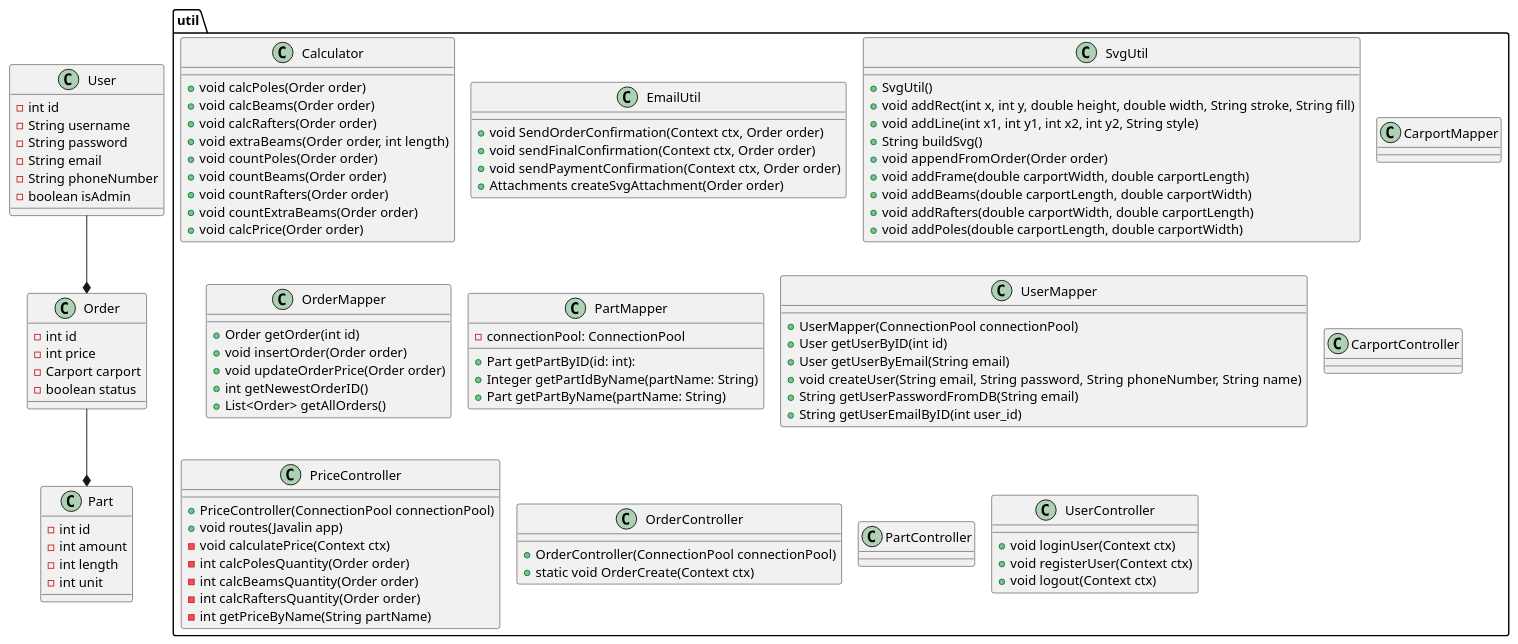
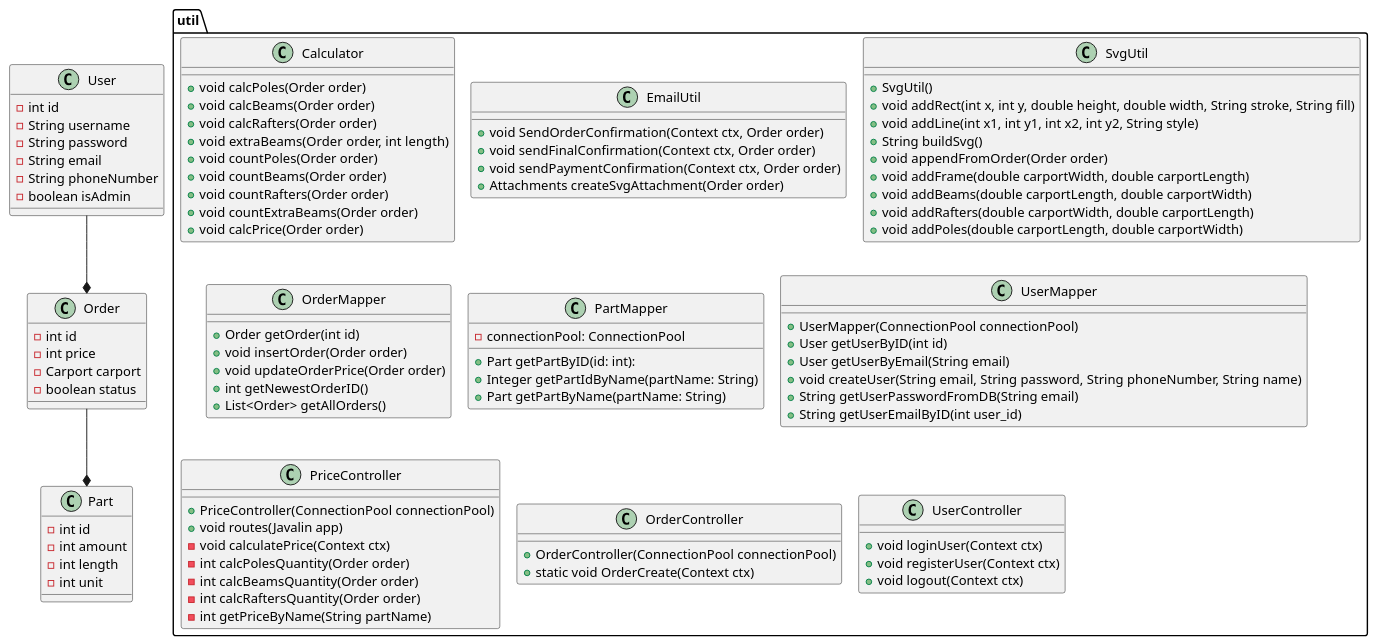
Before and after one commit to AndreasKuke/FogCarportProject: the diagram in doc/classDiagram.puml, drawn with PlantUML.

```diff
--- a/doc/classDiagram.puml
+++ b/doc/classDiagram.puml
@@ -1,121 +1,108 @@
 @startuml
 !pragma layout smetana
 
 User --* Order
 Order --* Part
 
 Class User {
 - int id
 - String username
 - String password
 - String email
 - String phoneNumber
 - boolean isAdmin
 }
 
 Class Order {
 - int id
 - int price
 - Carport carport
 - boolean status
 }
 
 Class Part {
 - int id
 - int amount
 - int length
 - int unit
 }
-
 
 Package util {
 class Calculator{
 +void calcPoles(Order order)
 +void calcBeams(Order order)
 +void calcRafters(Order order)
 +void extraBeams(Order order, int length)
 +void countPoles(Order order)
 +void countBeams(Order order)
 +void countRafters(Order order)
 +void countExtraBeams(Order order)
 +void calcPrice(Order order)
 }
 
 class EmailUtil {
     +void SendOrderConfirmation(Context ctx, Order order)
     +void sendFinalConfirmation(Context ctx, Order order)
     +void sendPaymentConfirmation(Context ctx, Order order)
     +Attachments createSvgAttachment(Order order)
 }
 
 class SvgUtil {
     +SvgUtil()
     +void addRect(int x, int y, double height, double width, String stroke, String fill)
     +void addLine(int x1, int y1, int x2, int y2, String style)
     +String buildSvg()
     +void appendFromOrder(Order order)
     +void addFrame(double carportWidth, double carportLength)
     +void addBeams(double carportLength, double carportWidth)
     +void addRafters(double carportWidth, double carportLength)
     +void addPoles(double carportLength, double carportWidth)
 }
 
-Class CarportMapper{
-
-}
-
 class OrderMapper{
 +Order getOrder(int id)
 +void insertOrder(Order order)
 +void updateOrderPrice(Order order)
 +int getNewestOrderID()
 +List<Order> getAllOrders()
 }
 
 class PartMapper {
   - connectionPool: ConnectionPool
   + Part getPartByID(id: int):
   + Integer getPartIdByName(partName: String)
   + Part getPartByName(partName: String)
 }
 
 class UserMapper {
     +UserMapper(ConnectionPool connectionPool)
     +User getUserByID(int id)
     +User getUserByEmail(String email)
     +void createUser(String email, String password, String phoneNumber, String name)
     +String getUserPasswordFromDB(String email)
     +String getUserEmailByID(int user_id)
 }
 
-Class CarportController{
-
-}
-
 class PriceController {
     +PriceController(ConnectionPool connectionPool)
     +void routes(Javalin app)
     -void calculatePrice(Context ctx)
     -int calcPolesQuantity(Order order)
     -int calcBeamsQuantity(Order order)
     -int calcRaftersQuantity(Order order)
     -int getPriceByName(String partName)
 }
 
 class OrderController {
     +OrderController(ConnectionPool connectionPool)
     +static void OrderCreate(Context ctx)
 }
 
-Class PartController{
-
-}
-
 Class UserController{
 +void loginUser(Context ctx)
 +void registerUser(Context ctx)
 +void logout(Context ctx)
 }
 
 }
 @enduml
```
